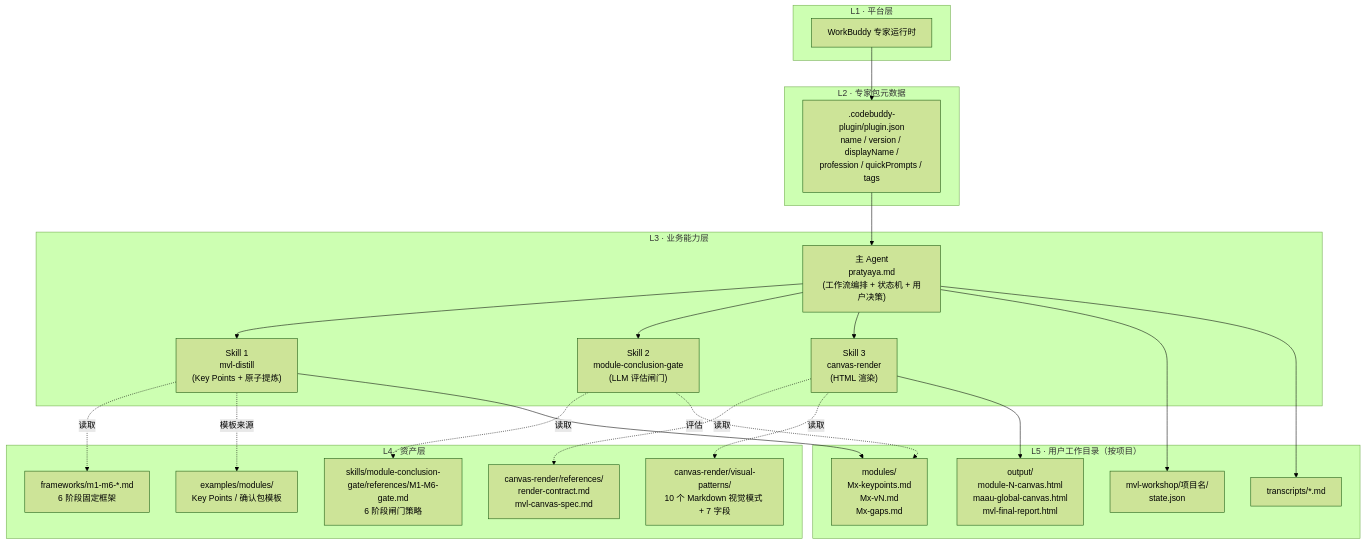
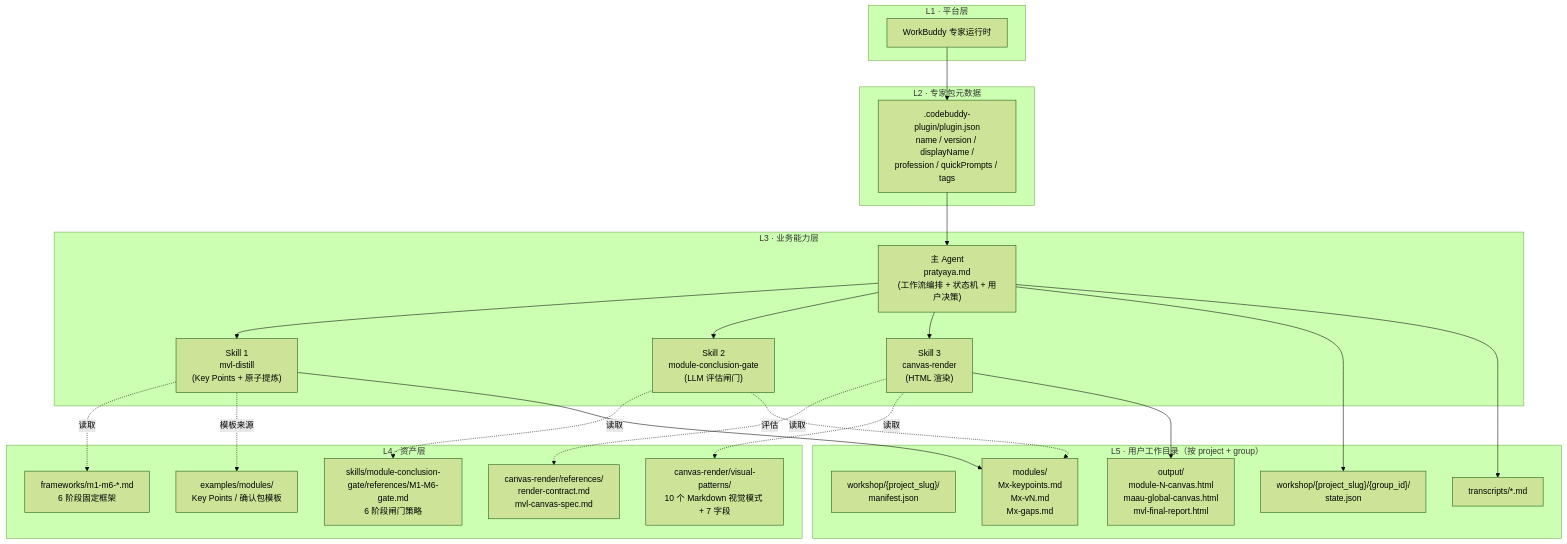
One commit to wanghongbj321-code/pratyaya changed the first of 9 diagrams in docs/MVL-整体架构设计.md. Above: the diagram before and after it, drawn with Mermaid (forest theme). The commit also changed other lines of this file and 36 other files, not shown here.

First line of the commit message:
feat(workshop): 引入 project + group 双层目录与 manifest 派生 (v2.4.0 MINOR)

````diff
--- a/docs/MVL-整体架构设计.md
+++ b/docs/MVL-整体架构设计.md
@@ -73,48 +73,49 @@
 ```mermaid
 flowchart TB
     subgraph L1["L1 · 平台层"]
         P[WorkBuddy 专家运行时]
     end
 
     subgraph L2["L2 · 专家包元数据"]
         META[".codebuddy-plugin/plugin.json<br/>name / version / displayName /<br/>profession / quickPrompts / tags"]
     end
 
     subgraph L3["L3 · 业务能力层"]
         AGENT["主 Agent<br/>pratyaya.md<br/>(工作流编排 + 状态机 + 用户决策)"]
         SK1["Skill 1<br/>mvl-distill<br/>(Key Points + 原子提炼)"]
         SK2["Skill 2<br/>module-conclusion-gate<br/>(LLM 评估闸门)"]
         SK3["Skill 3<br/>canvas-render<br/>(HTML 渲染)"]
     end
 
     subgraph L4["L4 · 资产层"]
         FW["frameworks/m1-m6-*.md<br/>6 阶段固定框架"]
         GP["skills/module-conclusion-gate/references/M1-M6-gate.md<br/>6 阶段闸门策略"]
         RC["canvas-render/references/<br/>render-contract.md<br/>mvl-canvas-spec.md"]
         VP["canvas-render/visual-patterns/<br/>10 个 Markdown 视觉模式 + 7 字段"]
         EX["examples/modules/<br/>Key Points / 确认包模板"]
     end
 
-    subgraph L5["L5 · 用户工作目录（按项目）"]
-        ST["mvl-workshop/项目名/<br/>state.json"]
+    subgraph L5["L5 · 用户工作目录（按 project + group）"]
+        PM["workshop/{project_slug}/<br/>manifest.json"]
+        ST["workshop/{project_slug}/{group_id}/<br/>state.json"]
         TR["transcripts/*.md"]
         MD["modules/<br/>Mx-keypoints.md<br/>Mx-vN.md<br/>Mx-gaps.md"]
         OUT["output/<br/>module-N-canvas.html<br/>maau-global-canvas.html<br/>mvl-final-report.html"]
     end
 
     P --> META
     META --> AGENT
     AGENT --> SK1
     AGENT --> SK2
     AGENT --> SK3
     SK1 -.读取.-> FW
     SK2 -.读取.-> GP
     SK3 -.读取.-> RC
     SK3 -.读取.-> VP
     SK1 -.模板来源.-> EX
     AGENT --> ST
     SK1 --> MD
     SK2 -.评估.-> MD
     SK3 --> OUT
     AGENT --> TR
 ```
````
